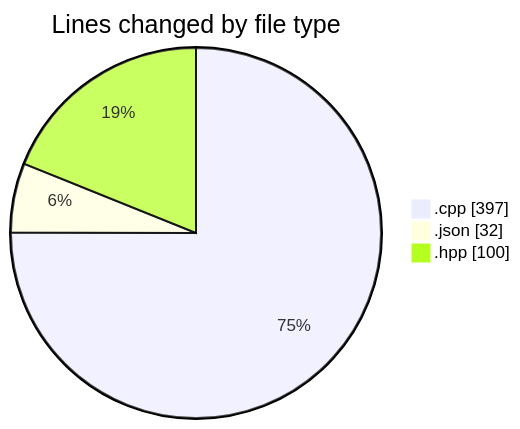
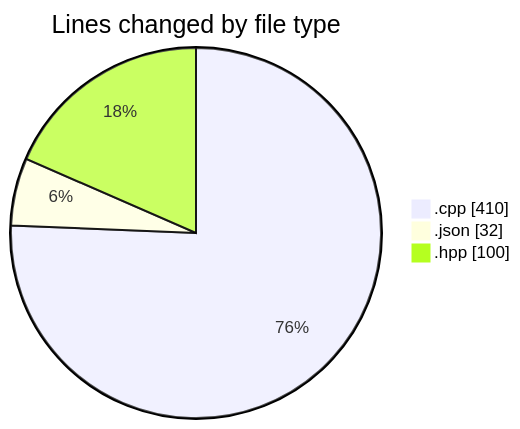
The first of 2 diagrams in 2025-04-23/echo/README.md (Netris89/code-tracking), drawn with Mermaid before and after one commit. The commit also changed other lines of this file and 1 other file, not shown here.

````diff
--- a/2025-04-23/echo/README.md
+++ b/2025-04-23/echo/README.md
@@ -22,7 +22,7 @@
 ```mermaid
 pie showData
 title Lines changed by file type
-".cpp" : 397
+".cpp" : 410
 ".json" : 32
 ".hpp" : 100
 ```
````
